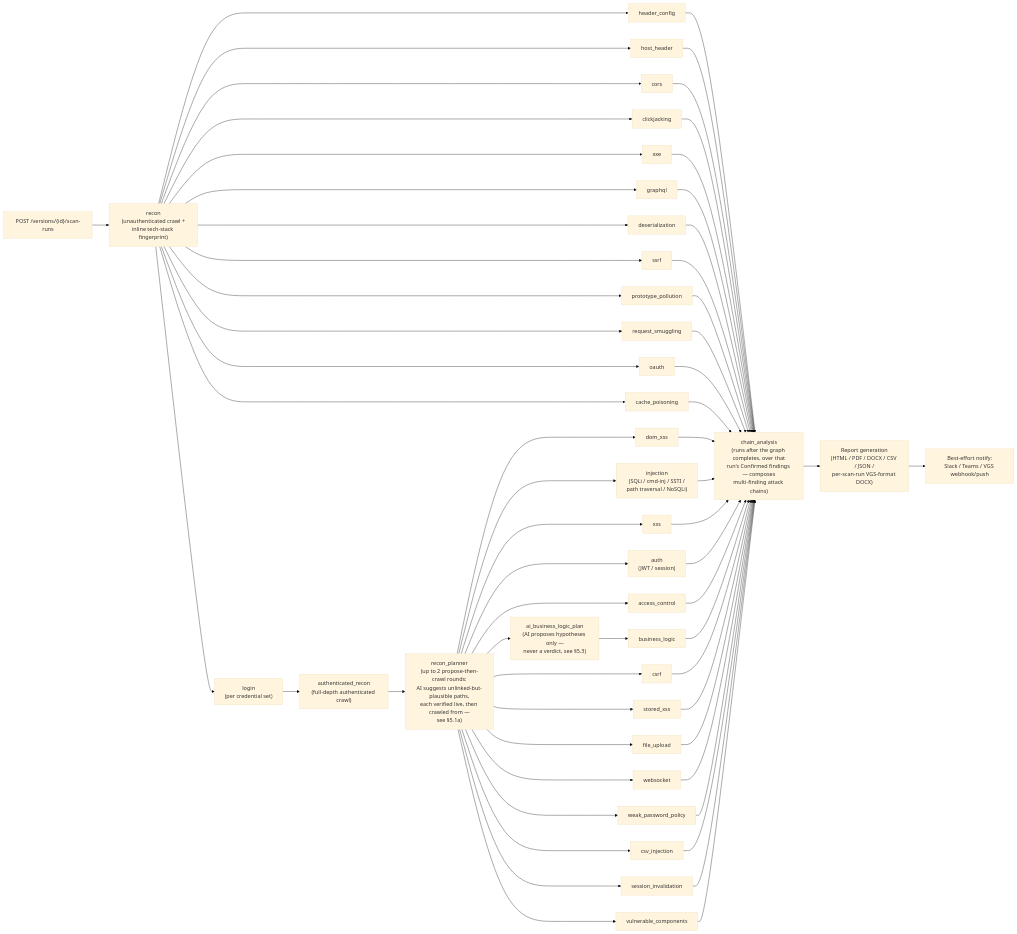
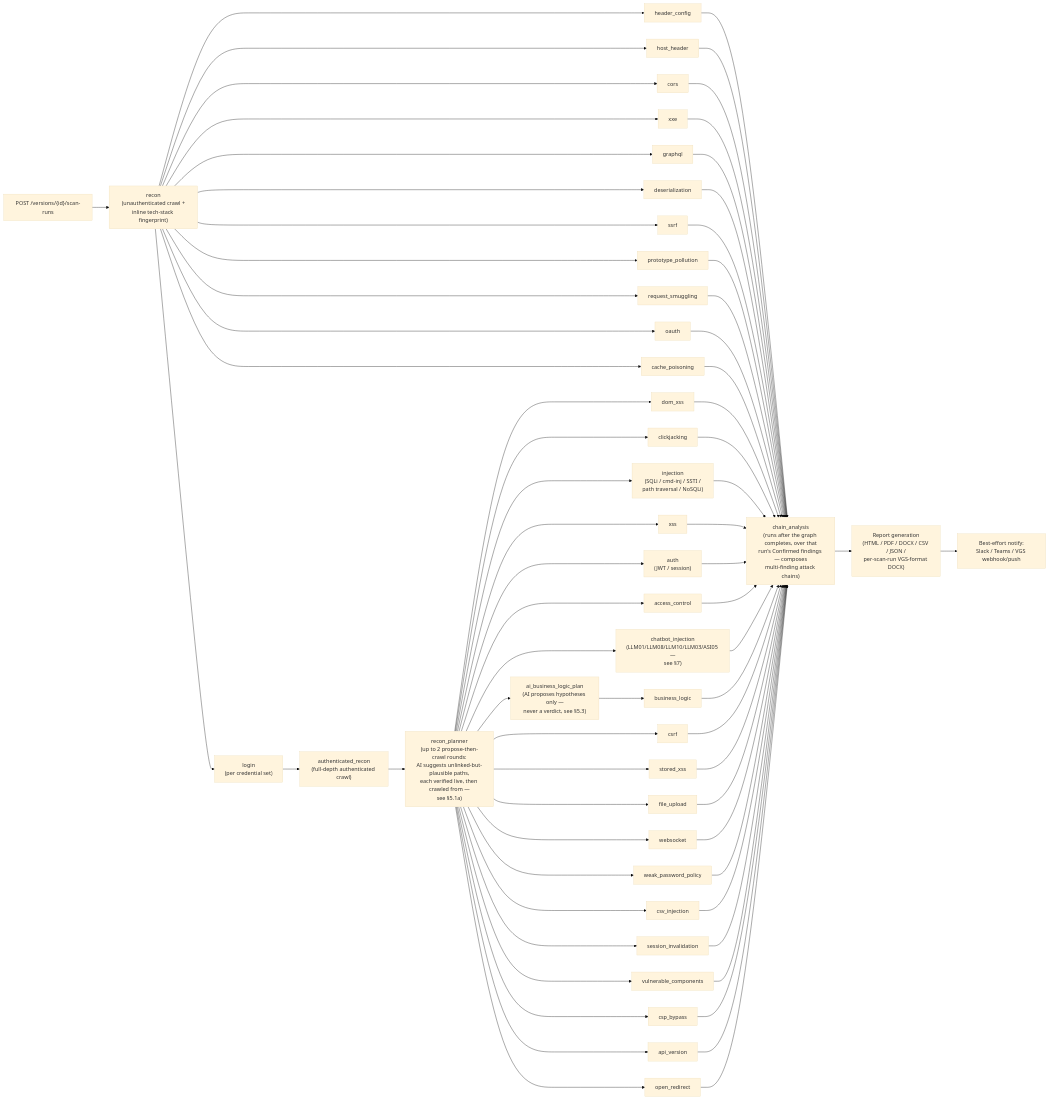
The third of 6 diagrams in docs/architecture-overview/Verdikt_Architecture_Document.md (mudigondabhanu85/verdikt), drawn with Mermaid (base theme) before and after one commit. The commit also changed other lines of this file and 9 other files, not shown here.

First line of the commit message:
Bring architecture doc, deck, and replication prompt current with reality

````diff
--- a/docs/architecture-overview/Verdikt_Architecture_Document.md
+++ b/docs/architecture-overview/Verdikt_Architecture_Document.md
@@ -264,38 +297,42 @@
 ```mermaid
 flowchart LR
     A["POST /versions/{id}/scan-runs"] --> B["recon<br/>(unauthenticated crawl +<br/>inline tech-stack fingerprint)"]
     B --> U1["header_config"]
     B --> U2["host_header"]
     B --> U3["cors"]
-    B --> U4["clickjacking"]
     B --> U5["xxe"]
     B --> U6["graphql"]
     B --> U7["deserialization"]
     B --> U8["ssrf"]
     B --> U9["prototype_pollution"]
     B --> U10["request_smuggling"]
     B --> U11["oauth"]
     B --> U12["cache_poisoning"]
     B --> L["login<br/>(per credential set)"]
     L --> E["authenticated_recon<br/>(full-depth authenticated crawl)"]
     E --> P["recon_planner<br/>(up to 2 propose-then-crawl rounds:<br/>AI suggests unlinked-but-plausible paths,<br/>each verified live, then crawled from —<br/>see §5.1a)"]
     P --> A1["dom_xss"]
+    P --> U4["clickjacking"]
     P --> A2["injection<br/>(SQLi / cmd-inj / SSTI /<br/>path traversal / NoSQLi)"]
     P --> A3["xss"]
     P --> A4["auth<br/>(JWT / session)"]
     P --> A5["access_control"]
+    P --> A15["chatbot_injection<br/>(LLM01/LLM08/LLM10/LLM03/ASI05 —<br/>see §7)"]
     P --> BP["ai_business_logic_plan<br/>(AI proposes hypotheses only —<br/>never a verdict, see §5.3)"]
     BP --> A6["business_logic"]
     P --> A7["csrf"]
     P --> A8["stored_xss"]
     P --> A9["file_upload"]
     P --> A10["websocket"]
     P --> A11["weak_password_policy"]
     P --> A12["csv_injection"]
     P --> A13["session_invalidation"]
     P --> A14["vulnerable_components"]
-    U1 & U2 & U3 & U4 & U5 & U6 & U7 & U8 & U9 & U10 & U11 & U12 --> G
-    A1 & A2 & A3 & A4 & A5 & A6 & A7 & A8 & A9 & A10 & A11 & A12 & A13 & A14 --> G["chain_analysis<br/>(runs after the graph completes, over that<br/>run's Confirmed findings — composes<br/>multi-finding attack chains)"]
+    P --> A16["csp_bypass"]
+    P --> A17["api_version"]
+    P --> A18["open_redirect"]
+    U1 & U2 & U3 & U5 & U6 & U7 & U8 & U9 & U10 & U11 & U12 --> G
+    A1 & U4 & A2 & A3 & A4 & A5 & A15 & A6 & A7 & A8 & A9 & A10 & A11 & A12 & A13 & A14 & A16 & A17 & A18 --> G["chain_analysis<br/>(runs after the graph completes, over that<br/>run's Confirmed findings — composes<br/>multi-finding attack chains)"]
     G --> H["Report generation<br/>(HTML / PDF / DOCX / CSV / JSON /<br/>per-scan-run VGS-format DOCX)"]
     H --> I["Best-effort notify:<br/>Slack / Teams / VGS webhook/push"]
 ```
````
